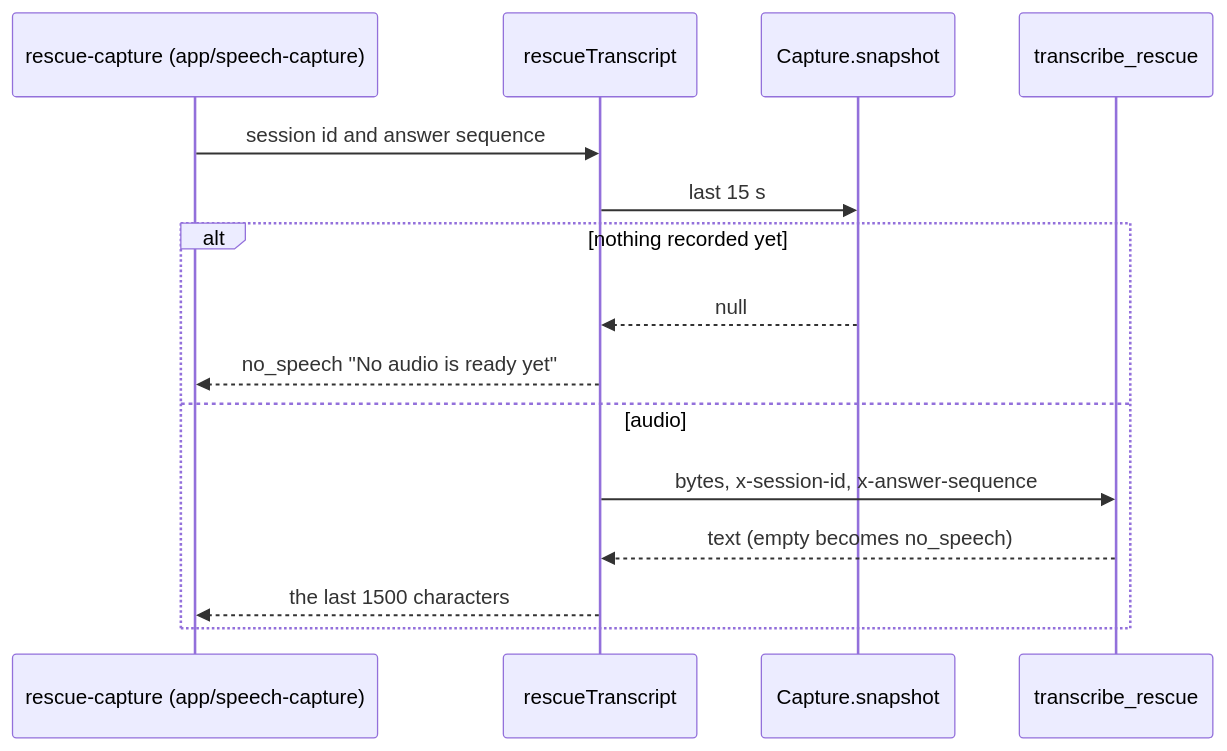
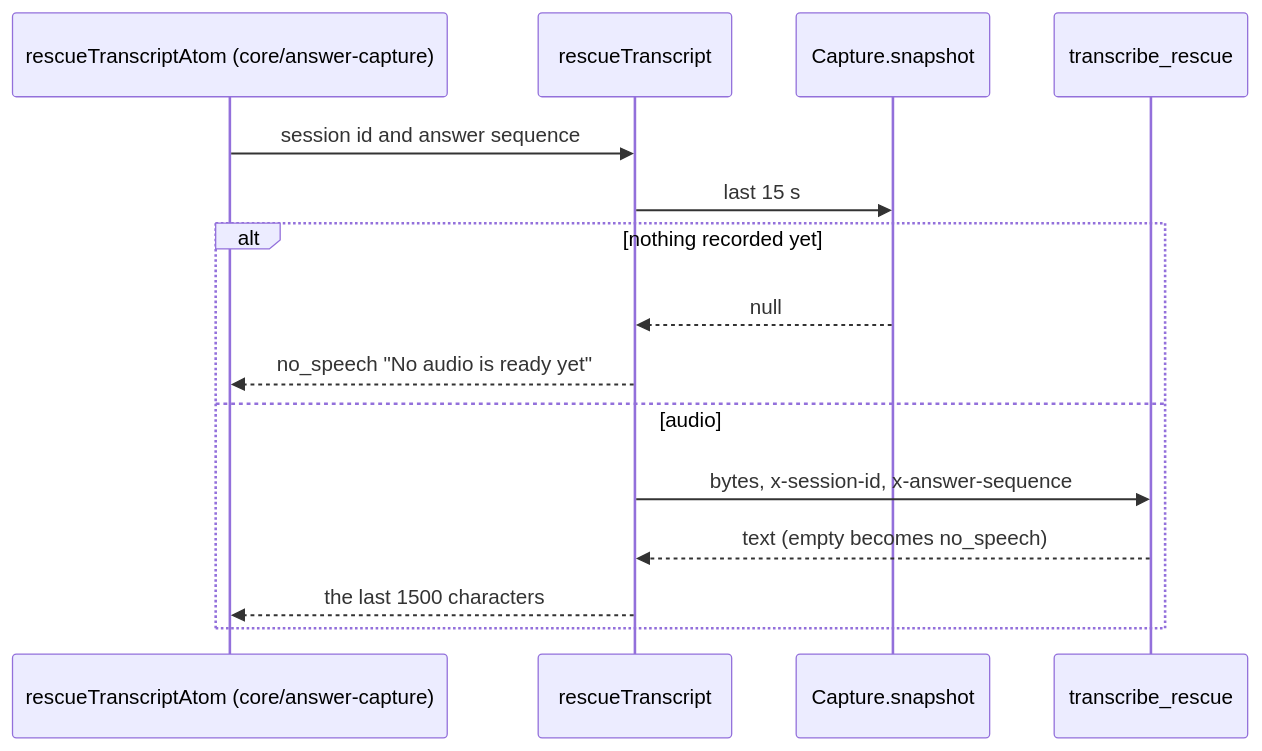
One commit to oleksii-latyshev/english-trainer changed the eighth of 8 diagrams in src/core/speech/flow.md. Above: the diagram before and after it, drawn with Mermaid. The commit also changed other lines of this file and 254 other files, not shown here.

````diff
--- a/src/core/speech/flow.md
+++ b/src/core/speech/flow.md
@@ -182,18 +182,18 @@
 ```mermaid
 sequenceDiagram
-    participant Hook as rescue-capture (app/speech-capture)
+    participant Hook as rescueTranscriptAtom (core/answer-capture)
     participant Rescue as rescueTranscript
     participant Cap as Capture.snapshot
     participant Rust as transcribe_rescue
 
     Hook->>Rescue: session id and answer sequence
     Rescue->>Cap: last 15 s
     alt nothing recorded yet
         Cap-->>Rescue: null
         Rescue-->>Hook: no_speech "No audio is ready yet"
     else audio
         Rescue->>Rust: bytes, x-session-id, x-answer-sequence
         Rust-->>Rescue: text (empty becomes no_speech)
         Rescue-->>Hook: the last 1500 characters
     end
 ```
````
